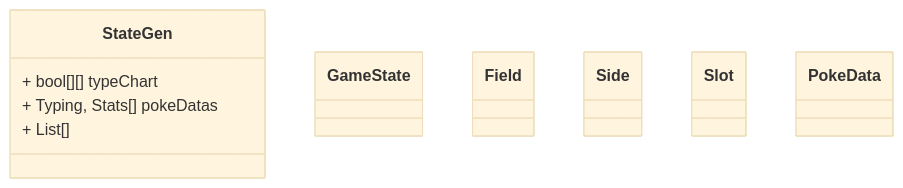
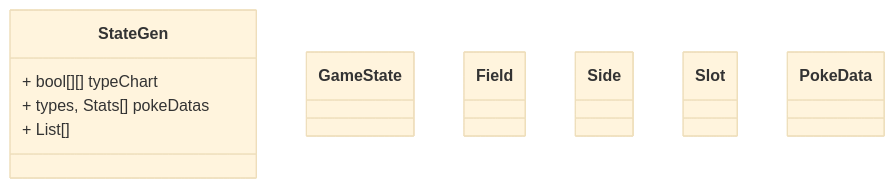
One commit to UtaSzane/iodraw-files changed the diagram in all/Untitled.md. Above: the diagram before and after it, drawn with Mermaid (base theme).

Commit message:
2026-06-07 23:26:50 update

````diff
--- a/all/Untitled.md
+++ b/all/Untitled.md
@@ -1,23 +1,23 @@
 ```mermaid
 classDiagram
     class StateGen {
         + bool[][] typeChart
-        + Typing, Stats[] pokeDatas
+        + types, Stats[] pokeDatas
         + List[]
     }  
     class GameState {
 
     }
     class Field {
 
     }
     class Side {
 
     }
     class Slot {
 
     }
     class PokeData {
 
     }
 ```
````
